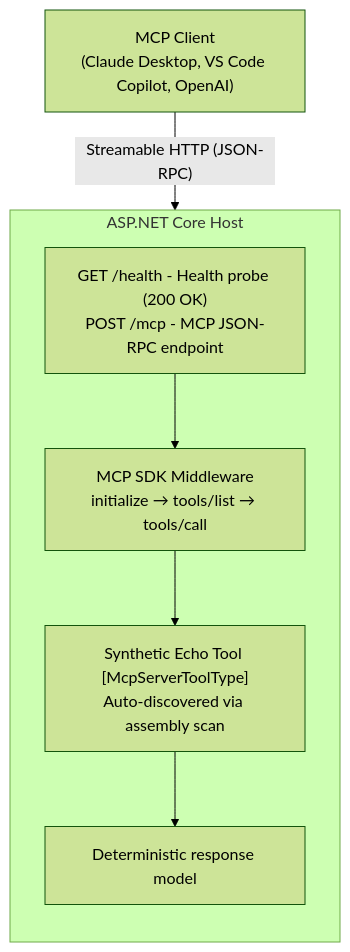
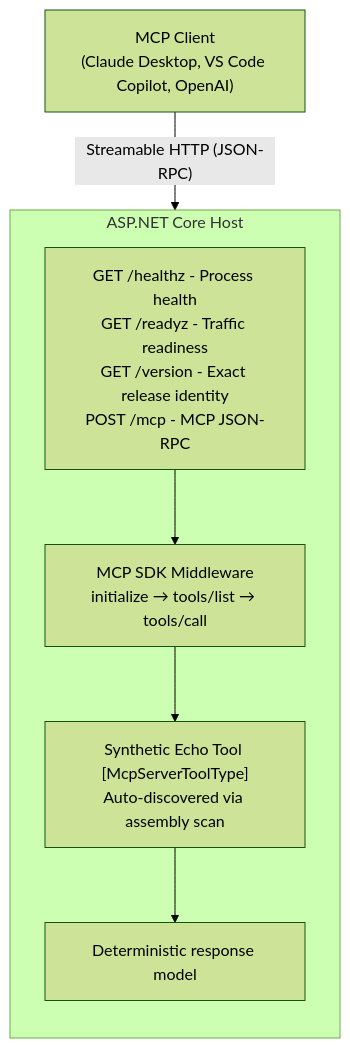
Before and after one commit to ADASK-B/Mcp.Connector.Template: the diagram in README.md, drawn with Mermaid (forest theme). The commit also changed other lines of this file and 11 other files, not shown here.

First line of the commit message:
feat: expose exact Test App lifecycle endpoints

````diff
--- a/README.md
+++ b/README.md
@@ -129,17 +130,17 @@
 ```mermaid
 graph TD
     Client["MCP Client<br/>(Claude Desktop, VS Code Copilot, OpenAI)"]
     Client -->|"Streamable HTTP (JSON-RPC)"| Host
 
     subgraph Host["ASP.NET Core Host"]
         direction TB
-        Endpoints["GET /health - Health probe (200 OK)<br/>POST /mcp - MCP JSON-RPC endpoint"]
+        Endpoints["GET /healthz - Process health<br/>GET /readyz - Traffic readiness<br/>GET /version - Exact release identity<br/>POST /mcp - MCP JSON-RPC"]
         SDK["MCP SDK Middleware<br/>initialize → tools/list → tools/call"]
         Tools["Synthetic Echo Tool [McpServerToolType]<br/>Auto-discovered via assembly scan"]
         Model["Deterministic response model"]
 
         Endpoints --> SDK
         SDK --> Tools
         Tools --> Model
     end
 ```
````
